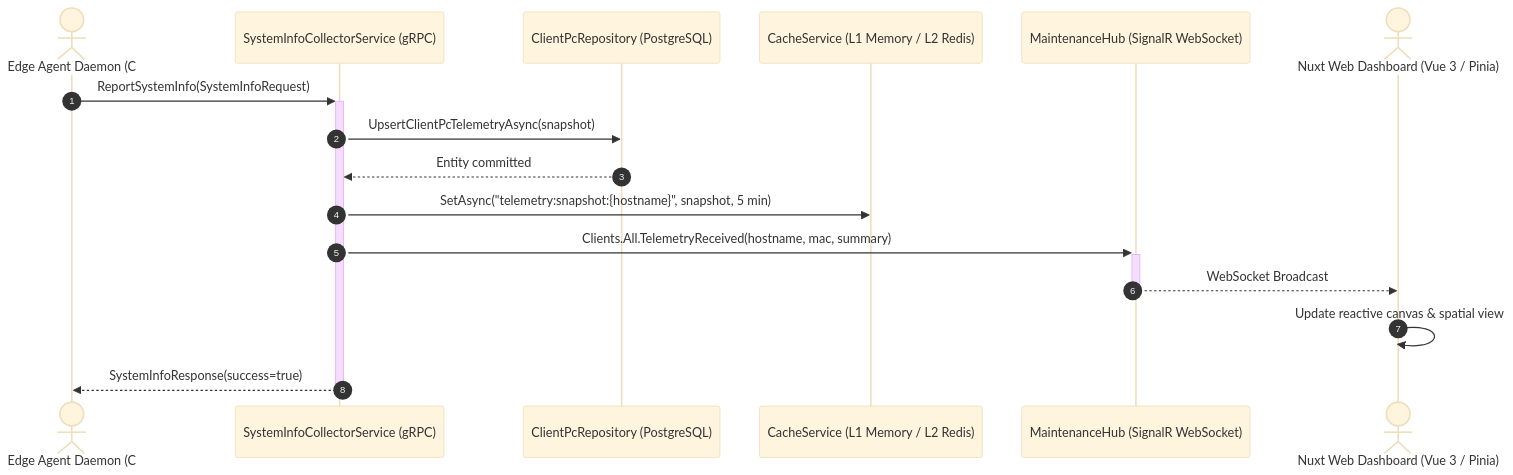
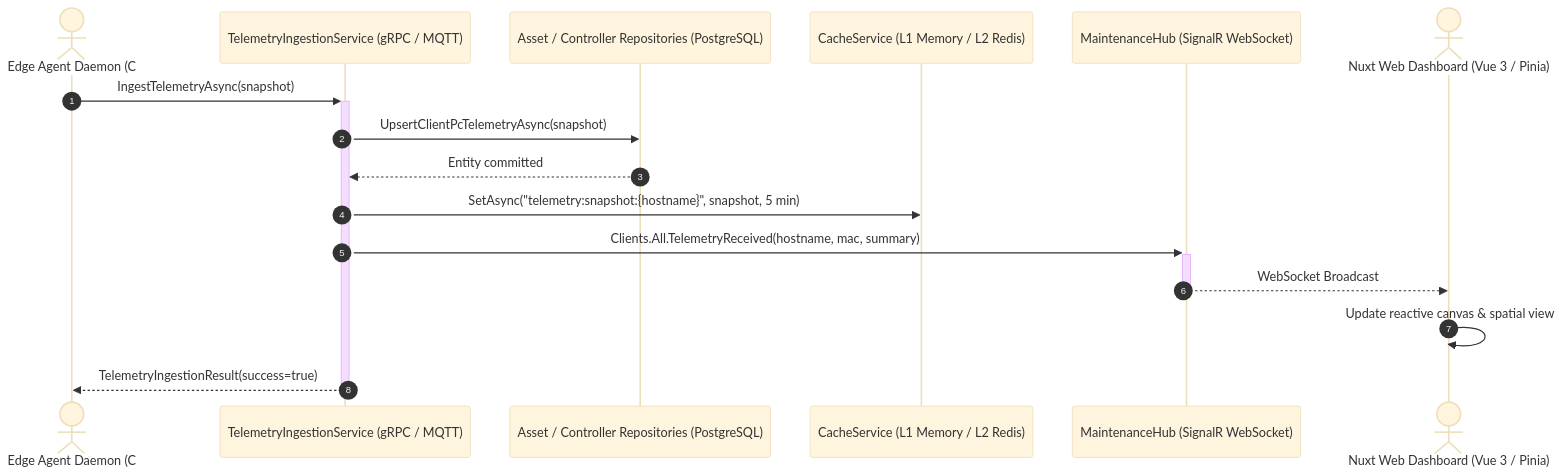
One commit to 0xLufis/heimdall changed the diagram in docs/architecture/SYSTEM_ARCHITECTURE.md. Above: the diagram before and after it, drawn with Mermaid (base theme). The commit also changed other lines of this file and 178 other files, not shown here.

````diff
--- a/docs/architecture/SYSTEM_ARCHITECTURE.md
+++ b/docs/architecture/SYSTEM_ARCHITECTURE.md
@@ -261,19 +263,19 @@
 ```mermaid
 sequenceDiagram
     autonumber
     actor EdgeNode as Edge Agent Daemon (C# / TwinCAT)
-    participant GrpcEndpoint as SystemInfoCollectorService (gRPC)
-    participant Repo as ClientPcRepository (PostgreSQL)
+    participant TelemetryIngestion as TelemetryIngestionService (gRPC / MQTT)
+    participant Repo as Asset / Controller Repositories (PostgreSQL)
     participant Cache as CacheService (L1 Memory / L2 Redis)
     participant Hub as MaintenanceHub (SignalR WebSocket)
     actor Browser as Nuxt Web Dashboard (Vue 3 / Pinia)
 
-    EdgeNode->>+GrpcEndpoint: ReportSystemInfo(SystemInfoRequest)
-    GrpcEndpoint->>Repo: UpsertClientPcTelemetryAsync(snapshot)
-    Repo-->>GrpcEndpoint: Entity committed
-    GrpcEndpoint->>Cache: SetAsync("telemetry:snapshot:{hostname}", snapshot, 5 min)
-    GrpcEndpoint->>+Hub: Clients.All.TelemetryReceived(hostname, mac, summary)
+    EdgeNode->>+TelemetryIngestion: IngestTelemetryAsync(snapshot)
+    TelemetryIngestion->>Repo: UpsertClientPcTelemetryAsync(snapshot)
+    Repo-->>TelemetryIngestion: Entity committed
+    TelemetryIngestion->>Cache: SetAsync("telemetry:snapshot:{hostname}", snapshot, 5 min)
+    TelemetryIngestion->>+Hub: Clients.All.TelemetryReceived(hostname, mac, summary)
     Hub-->>-Browser: WebSocket Broadcast
     Browser->>Browser: Update reactive canvas & spatial view
-    GrpcEndpoint-->>-EdgeNode: SystemInfoResponse(success=true)
+    TelemetryIngestion-->>-EdgeNode: TelemetryIngestionResult(success=true)
 ```
````
